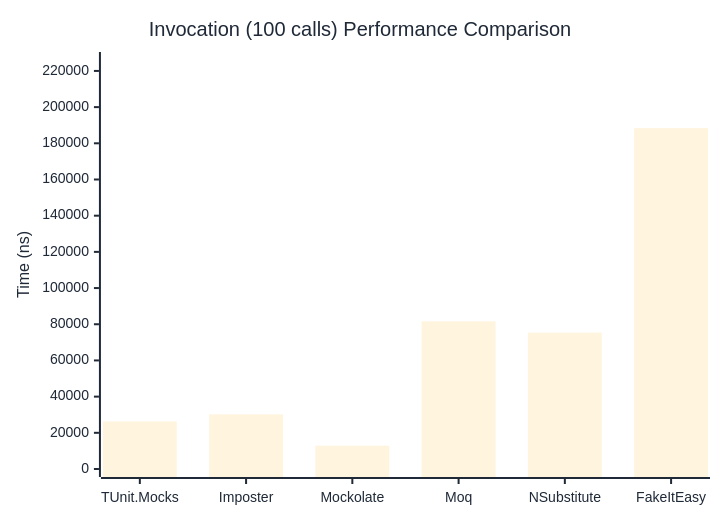
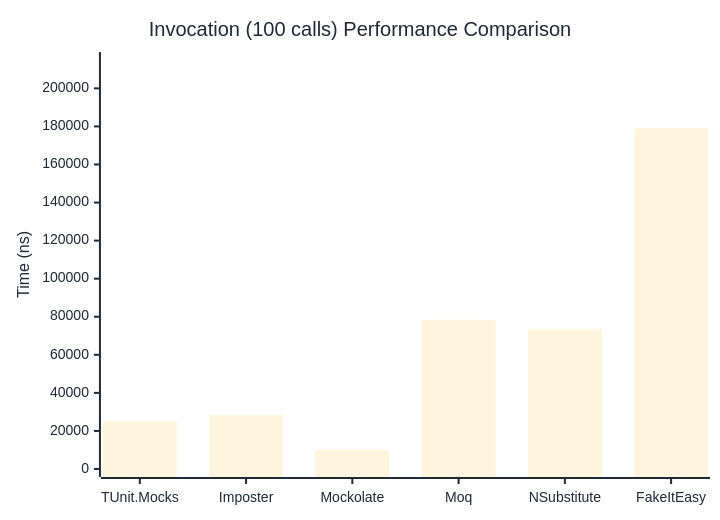
The third of 3 diagrams in docs/docs/benchmarks/mocks/Invocation.md (thomhurst/TUnit), drawn with Mermaid before and after one commit. The commit also changed other lines of this file and 14 other files, not shown here.

````diff
--- a/docs/docs/benchmarks/mocks/Invocation.md
+++ b/docs/docs/benchmarks/mocks/Invocation.md
@@ -110,27 +110,27 @@
 ```mermaid
 %%{init: {
   'theme':'base',
   'themeVariables': {
     'primaryColor': '#2563eb',
     'primaryTextColor': '#1f2937',
     'primaryBorderColor': '#1e40af',
     'lineColor': '#6b7280',
     'secondaryColor': '#7c3aed',
     'tertiaryColor': '#dc2626',
     'background': '#ffffff',
     'pie1': '#2563eb',
     'pie2': '#7c3aed',
     'pie3': '#dc2626',
     'pie4': '#f59e0b',
     'pie5': '#10b981',
     'pie6': '#06b6d4',
     'pie7': '#ec4899',
     'pie8': '#6366f1'
   }
 }}%%
 xychart-beta
   title "Invocation (100 calls) Performance Comparison"
   x-axis ["TUnit.Mocks", "Imposter", "Mockolate", "Moq", "NSubstitute", "FakeItEasy"]
-  y-axis "Time (ns)" 0 --> 226041
-  bar [26294.1, 30180.5, 12851, 81626.3, 75373.2, 188367.5]
+  y-axis "Time (ns)" 0 --> 214902
+  bar [25338.88, 28352.41, 9987.21, 78412.94, 73600.61, 179084.48]
 ```
````
